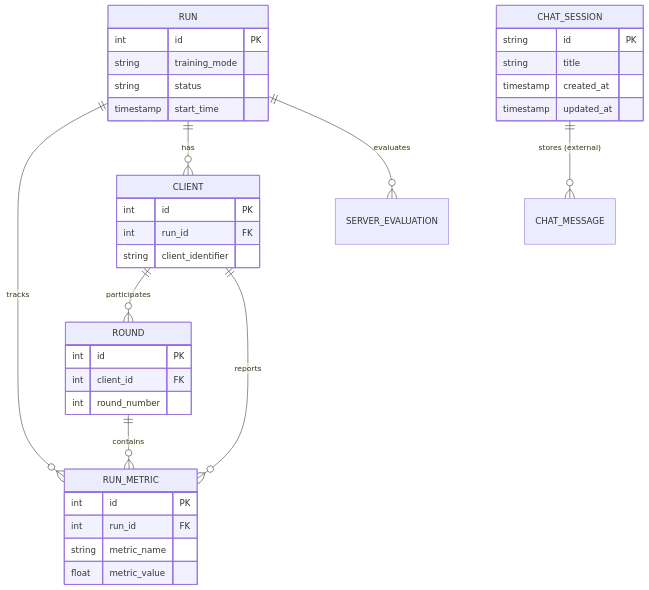
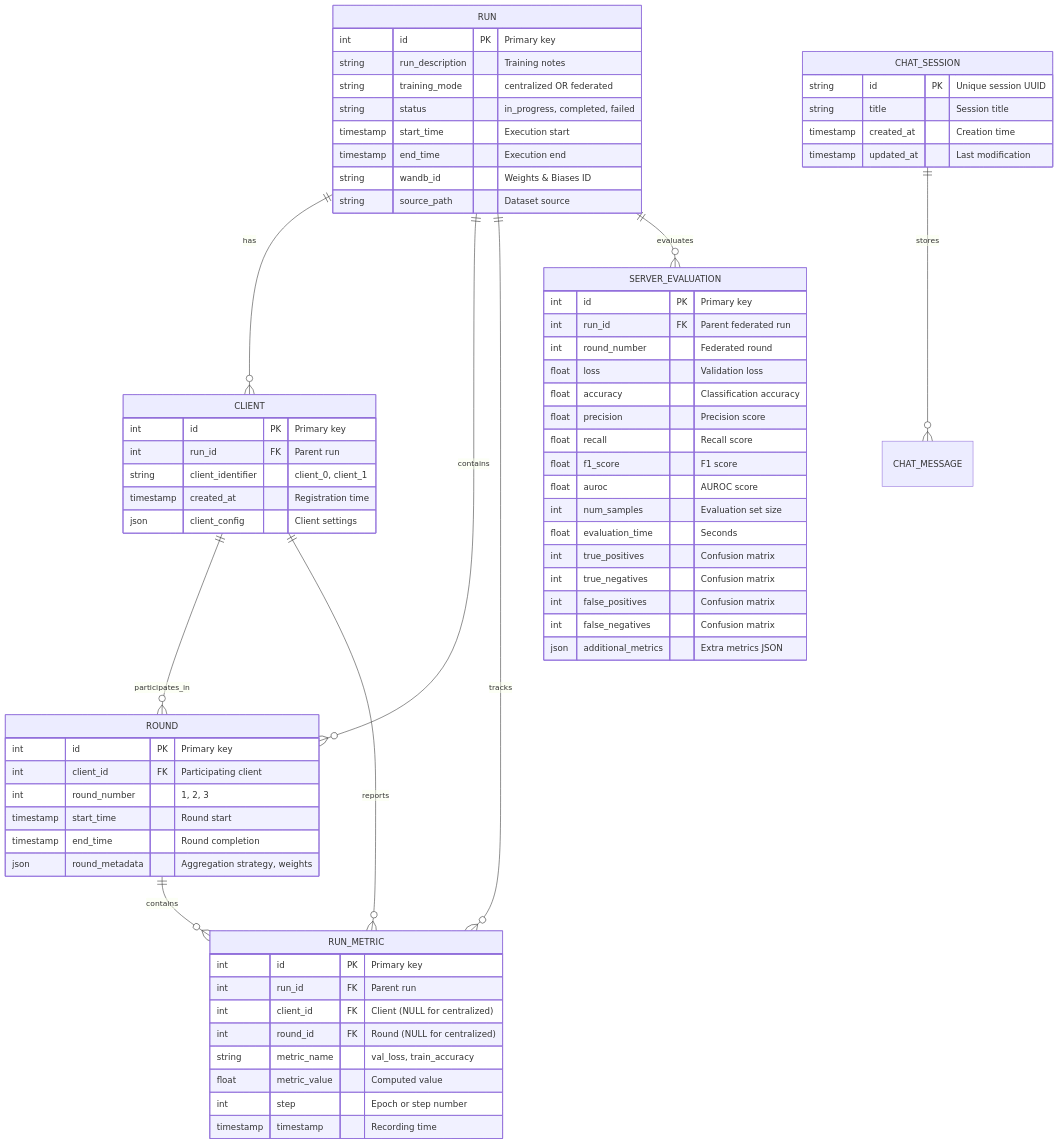
Before and after one commit to h19overflow/federated_learning: the diagram in federated_pneumonia_detection/src/boundary/README.md, drawn with Mermaid. The commit also changed other lines of this file and 14 other files, not shown here.

````diff
--- a/federated_pneumonia_detection/src/boundary/README.md
+++ b/federated_pneumonia_detection/src/boundary/README.md
@@ -36,46 +21,79 @@
 ```mermaid
 erDiagram
+    RUN ||--o{ CLIENT : "has"
+    RUN ||--o{ ROUND : "contains"
     RUN ||--o{ RUN_METRIC : "tracks"
-    RUN ||--o{ CLIENT : "has"
     RUN ||--o{ SERVER_EVALUATION : "evaluates"
-    
-    CLIENT ||--o{ ROUND : "participates"
+
+    CLIENT ||--o{ ROUND : "participates_in"
     CLIENT ||--o{ RUN_METRIC : "reports"
-    
+
     ROUND ||--o{ RUN_METRIC : "contains"
 
-    CHAT_SESSION ||--o{ CHAT_MESSAGE : "stores (external)"
-    
+    CHAT_SESSION ||--o{ CHAT_MESSAGE : "stores"
+
     RUN {
-        int id PK
-        string training_mode
-        string status
-        timestamp start_time
+        int id PK "Primary key"
+        string run_description "Training notes"
+        string training_mode "centralized OR federated"
+        string status "in_progress, completed, failed"
+        timestamp start_time "Execution start"
+        timestamp end_time "Execution end"
+        string wandb_id "Weights & Biases ID"
+        string source_path "Dataset source"
     }
 
     CLIENT {
-        int id PK
-        int run_id FK
-        string client_identifier
+        int id PK "Primary key"
+        int run_id FK "Parent run"
+        string client_identifier "client_0, client_1"
+        timestamp created_at "Registration time"
+        json client_config "Client settings"
     }
 
     ROUND {
-        int id PK
-        int client_id FK
-        int round_number
+        int id PK "Primary key"
+        int client_id FK "Participating client"
+        int round_number "1, 2, 3"
+        timestamp start_time "Round start"
+        timestamp end_time "Round completion"
+        json round_metadata "Aggregation strategy, weights"
     }
 
     RUN_METRIC {
-        int id PK
-        int run_id FK
-        string metric_name
-        float metric_value
+        int id PK "Primary key"
+        int run_id FK "Parent run"
+        int client_id FK "Client (NULL for centralized)"
+        int round_id FK "Round (NULL for centralized)"
+        string metric_name "val_loss, train_accuracy"
+        float metric_value "Computed value"
+        int step "Epoch or step number"
+        timestamp timestamp "Recording time"
+    }
+
+    SERVER_EVALUATION {
+        int id PK "Primary key"
+        int run_id FK "Parent federated run"
+        int round_number "Federated round"
+        float loss "Validation loss"
+        float accuracy "Classification accuracy"
+        float precision "Precision score"
+        float recall "Recall score"
+        float f1_score "F1 score"
+        float auroc "AUROC score"
+        int num_samples "Evaluation set size"
+        float evaluation_time "Seconds"
+        int true_positives "Confusion matrix"
+        int true_negatives "Confusion matrix"
+        int false_positives "Confusion matrix"
+        int false_negatives "Confusion matrix"
+        json additional_metrics "Extra metrics JSON"
     }
 
     CHAT_SESSION {
-        string id PK
-        string title
-        timestamp created_at
-        timestamp updated_at
+        string id PK "Unique session UUID"
+        string title "Session title"
+        timestamp created_at "Creation time"
+        timestamp updated_at "Last modification"
     }
 ```
````
